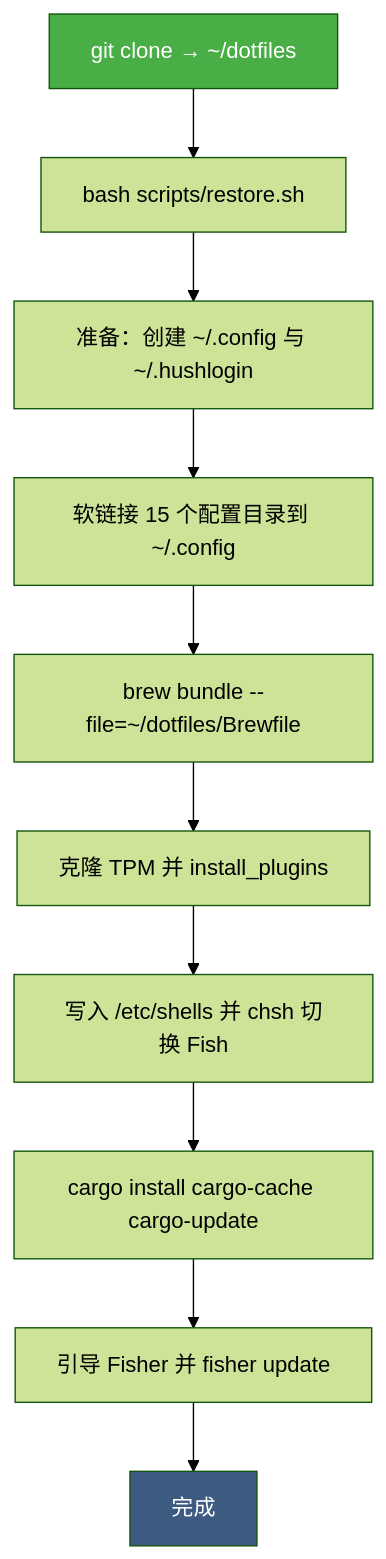
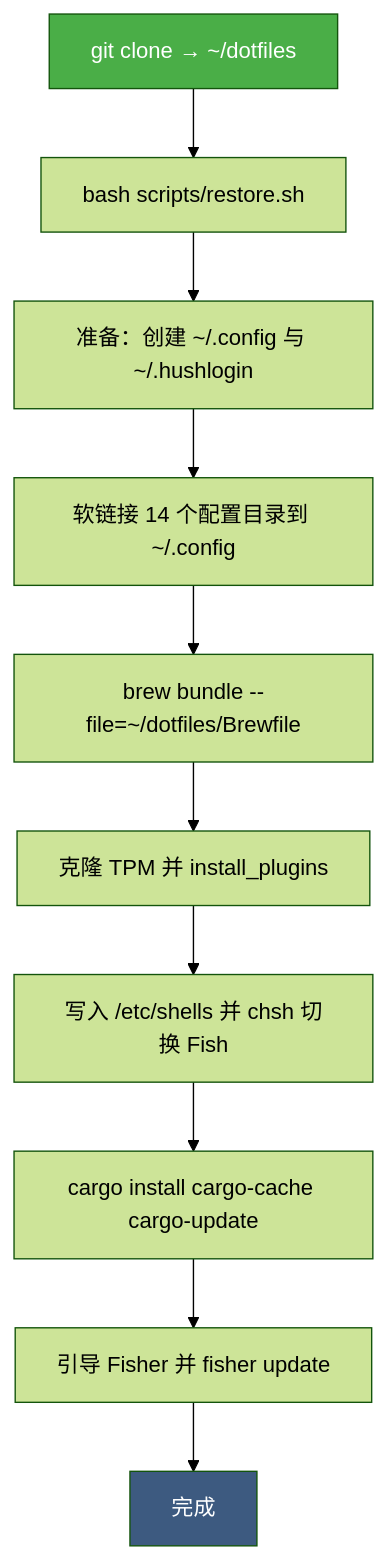
The first of 2 diagrams in README.md (fluxixix/dotfiles), drawn with Mermaid (forest theme) before and after one commit. The commit also changed other lines of this file and 2 other files, not shown here.

First line of the commit message:
chore: drop the unused Neovide config

````diff
--- a/README.md
+++ b/README.md
@@ -110,14 +108,14 @@
 ```mermaid
 flowchart TD
     A["git clone → ~/dotfiles"] --> B["bash scripts/restore.sh"]
     B --> C["准备：创建 ~/.config 与 ~/.hushlogin"]
-    C --> D["软链接 15 个配置目录到 ~/.config"]
+    C --> D["软链接 14 个配置目录到 ~/.config"]
     D --> E["brew bundle --file=~/dotfiles/Brewfile"]
     E --> F["克隆 TPM 并 install_plugins"]
     F --> G["写入 /etc/shells 并 chsh 切换 Fish"]
     G --> H["cargo install cargo-cache cargo-update"]
     H --> I["引导 Fisher 并 fisher update"]
     I --> Z["完成"]
     style A fill:#4aae47,color:#fff
     style Z fill:#3d5a80,color:#fff
 ```
````
